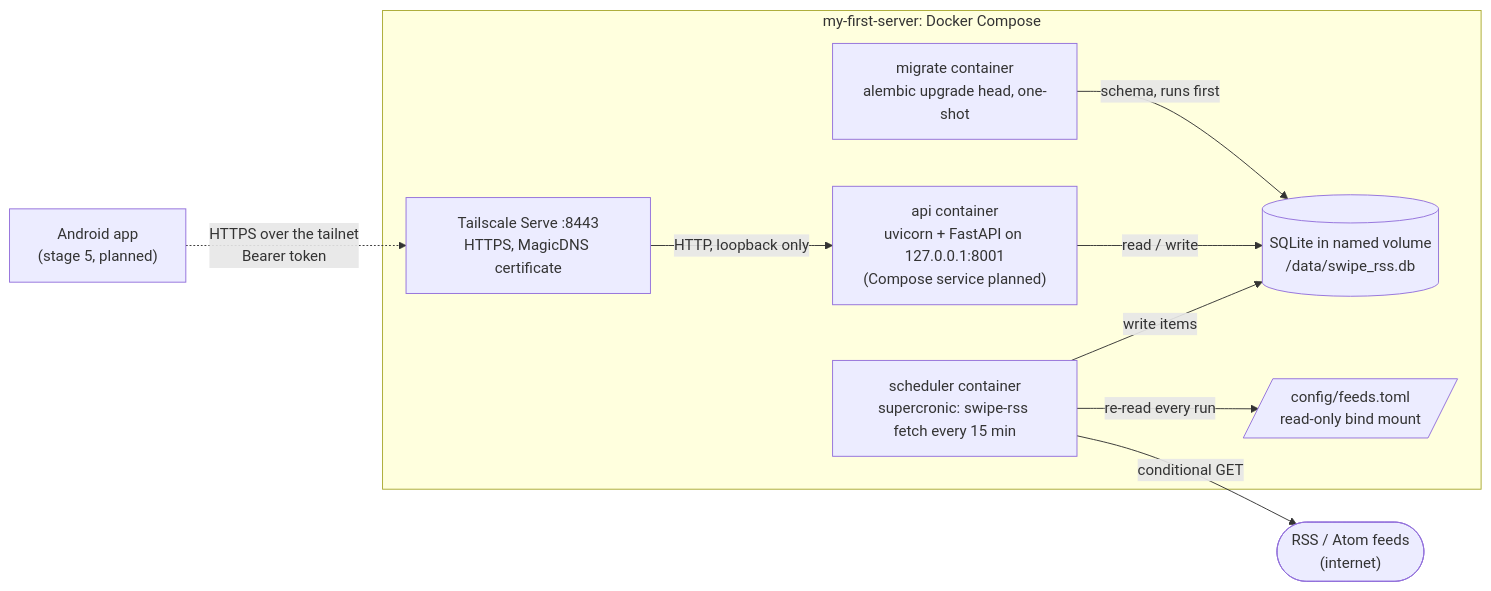
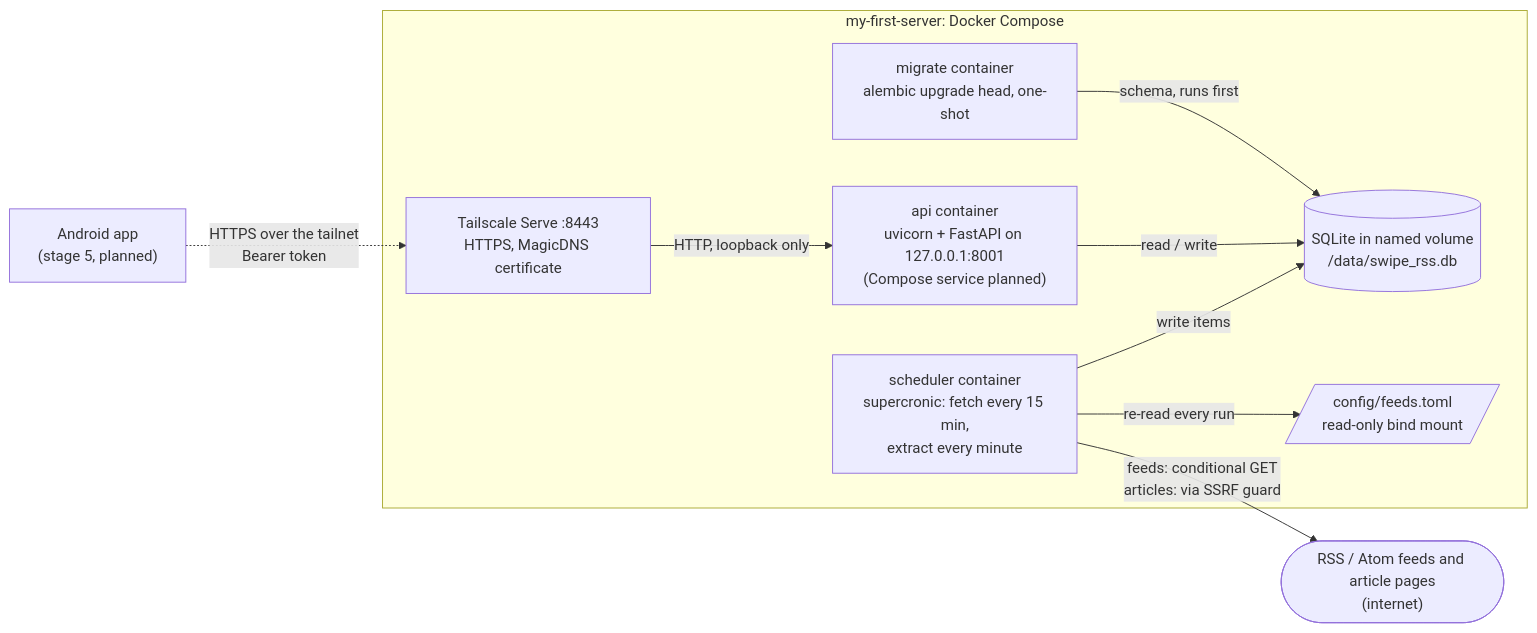
Before and after one commit to shanirub/swipe-rss-reader: the first of 18 diagrams in docs/architecture.md, drawn with Mermaid. The commit also changed other lines of this file and 15 other files, not shown here.

First line of the commit message:
Add extraction job and SSRF guard

````diff
--- a/docs/architecture.md
+++ b/docs/architecture.md
@@ -26,22 +27,22 @@
 ```mermaid
 flowchart LR
-    feeds(["RSS / Atom feeds<br/>(internet)"])
+    feeds(["RSS / Atom feeds and article pages<br/>(internet)"])
     app["Android app<br/>(stage 5, planned)"]
 
     subgraph server["my-first-server: Docker Compose"]
         migrate["migrate container<br/>alembic upgrade head, one-shot"]
         serve["Tailscale Serve :8443<br/>HTTPS, MagicDNS certificate"]
         api["api container<br/>uvicorn + FastAPI on 127.0.0.1:8001<br/>(Compose service planned)"]
         db[("SQLite in named volume<br/>/data/swipe_rss.db")]
-        sched["scheduler container<br/>supercronic: swipe-rss fetch every 15 min"]
+        sched["scheduler container<br/>supercronic: fetch every 15 min,<br/>extract every minute"]
         cfg[/"config/feeds.toml<br/>read-only bind mount"/]
     end
 
     migrate -- "schema, runs first" --> db
     app -. "HTTPS over the tailnet<br/>Bearer token" .-> serve
     serve -- "HTTP, loopback only" --> api
     api -- "read / write" --> db
     sched -- "write items" --> db
     sched -- "re-read every run" --> cfg
-    sched -- "conditional GET" --> feeds
+    sched -- "feeds: conditional GET<br/>articles: via SSRF guard" --> feeds
 ```
````
